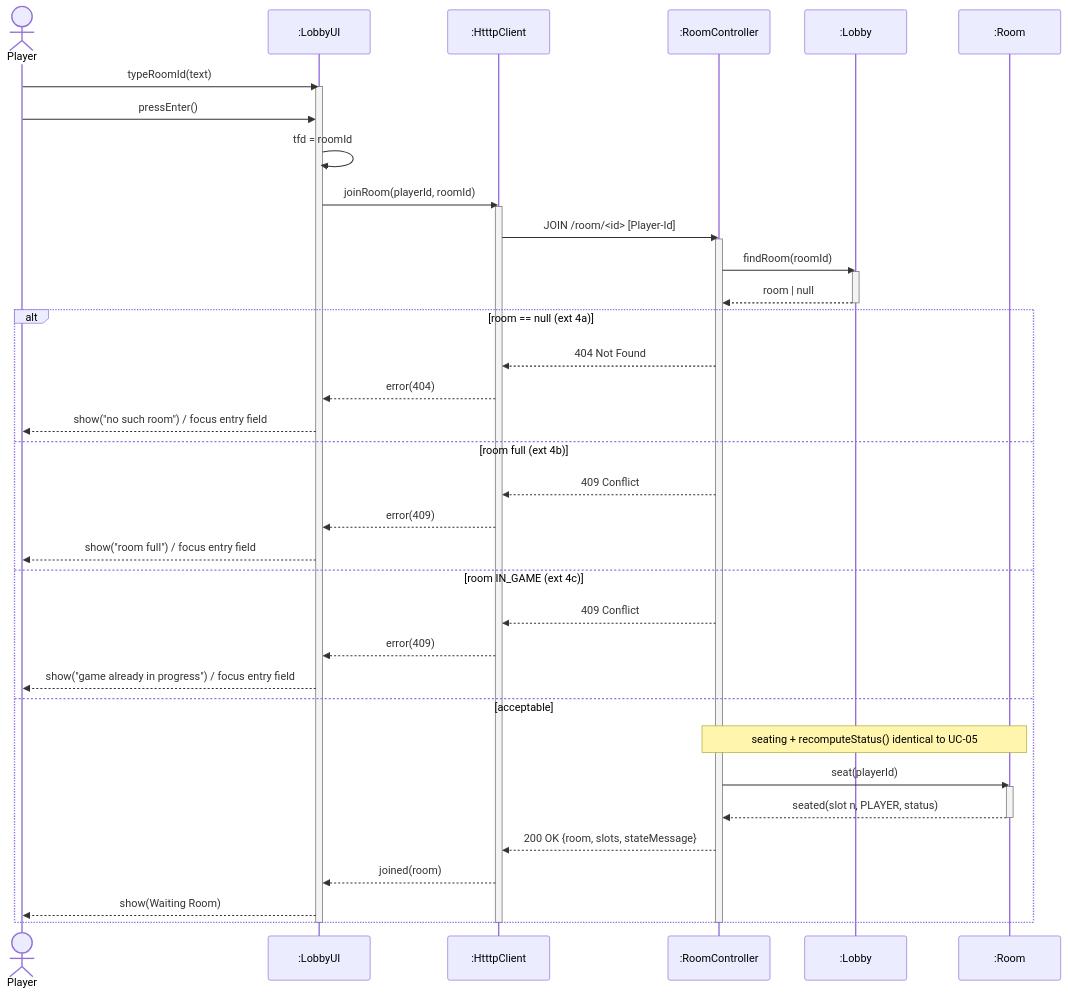
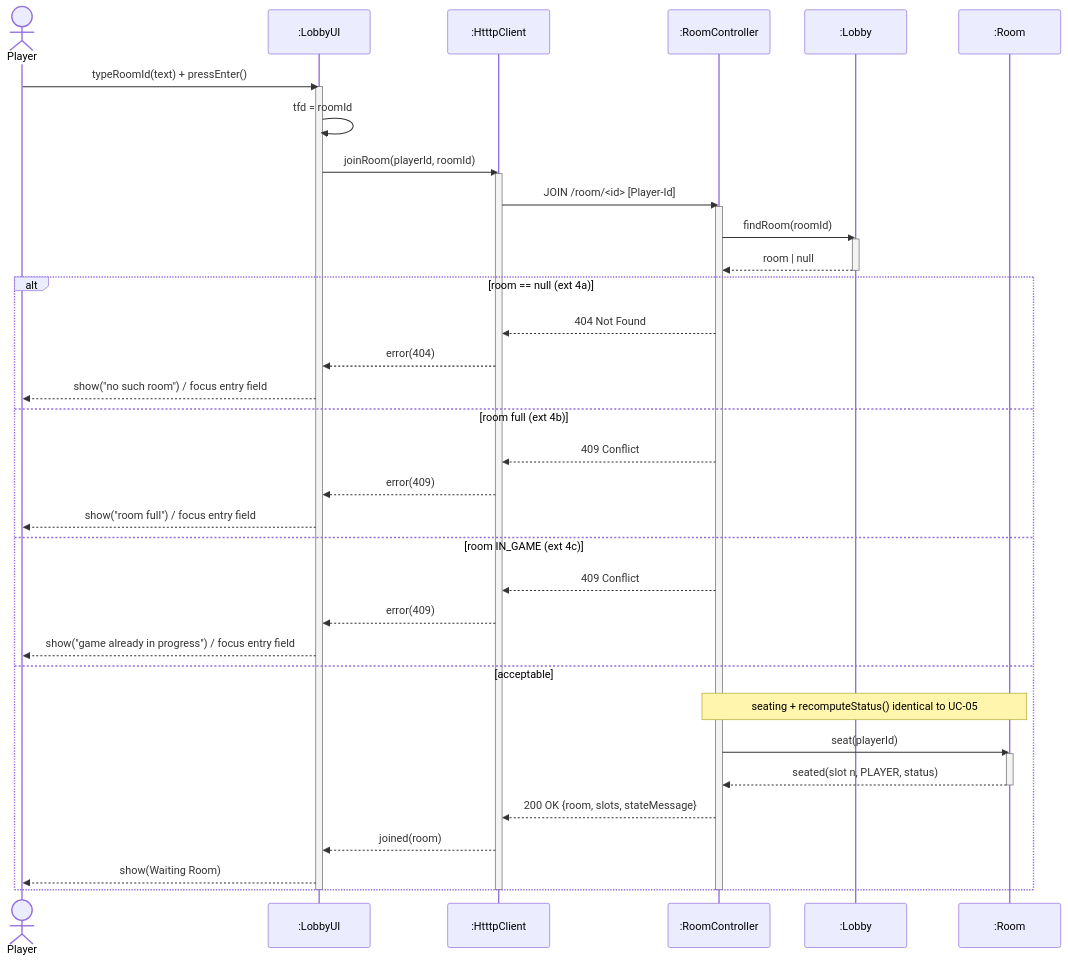
One commit to ziqiqiiii/tetriSH changed diagram 14 of 16 in docs/class_diagrams/cd_sd.md. Above: the diagram before and after it, drawn with Mermaid. The commit also changed other lines of this file, not shown here.

Commit message:
docs: refactor sequence diagram interactions by combining user actions

````diff
--- a/docs/class_diagrams/cd_sd.md
+++ b/docs/class_diagrams/cd_sd.md
@@ -1166,50 +1163,49 @@
 ```mermaid
 sequenceDiagram
     actor P as Player
     participant UI as :LobbyUI
     participant C as :HtttpClient
     participant RC as :RoomController
     participant L as :Lobby
     participant R as :Room
 
-    P->>UI: typeRoomId(text)
+    P->>UI: typeRoomId(text) + pressEnter()
     activate UI
-    P->>UI: pressEnter()
     UI->>UI: tfd = roomId
     UI->>C: joinRoom(playerId, roomId)
     activate C
     C->>RC: JOIN /room/<id>  [Player-Id]
     activate RC
 
     RC->>L: findRoom(roomId)
     activate L
     L-->>RC: room | null
     deactivate L
 
     alt room == null  (ext 4a)
         RC-->>C: 404 Not Found
         C-->>UI: error(404)
         UI-->>P: show("no such room") / focus entry field
     else room full  (ext 4b)
         RC-->>C: 409 Conflict
         C-->>UI: error(409)
         UI-->>P: show("room full") / focus entry field
     else room IN_GAME  (ext 4c)
         RC-->>C: 409 Conflict
         C-->>UI: error(409)
         UI-->>P: show("game already in progress") / focus entry field
     else acceptable
         note over RC,R: seating + recomputeStatus() identical to UC-05
         RC->>R: seat(playerId)
         activate R
         R-->>RC: seated(slot n, PLAYER, status)
         deactivate R
         RC-->>C: 200 OK {room, slots, stateMessage}
         C-->>UI: joined(room)
         UI-->>P: show(Waiting Room)
     end
 
     deactivate RC
     deactivate C
     deactivate UI
 ```
````
